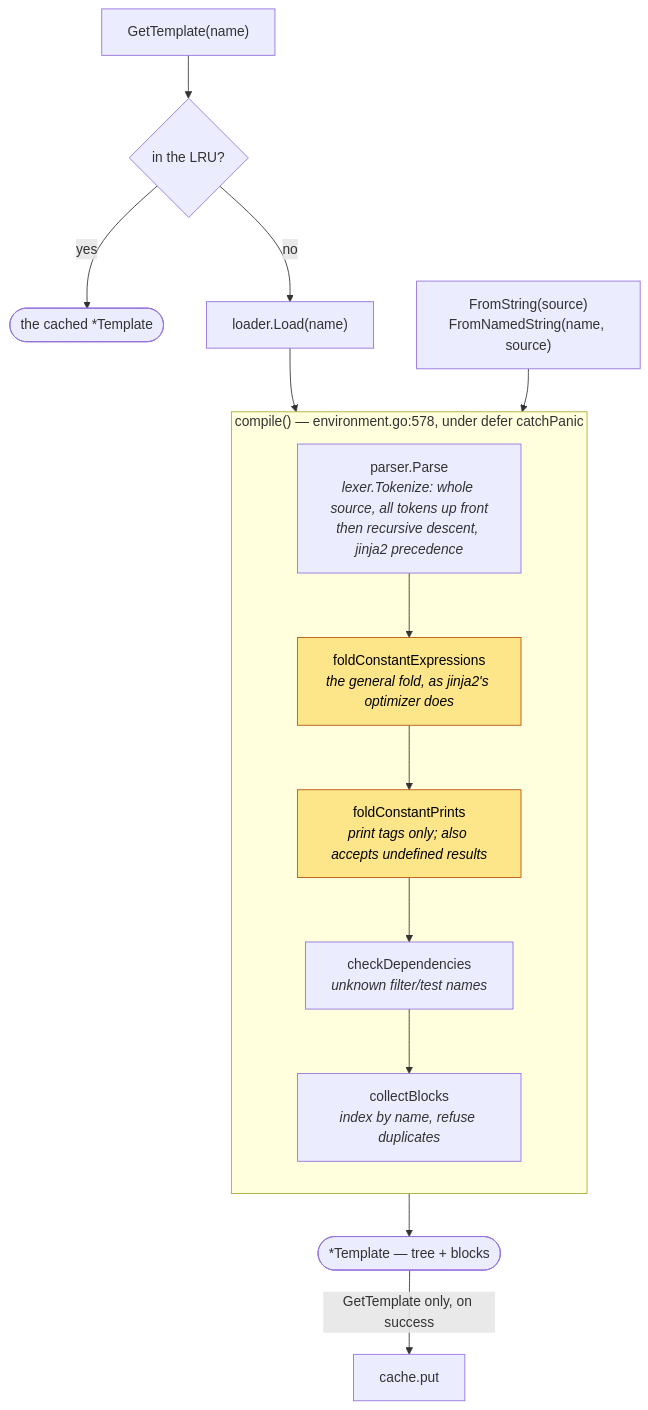
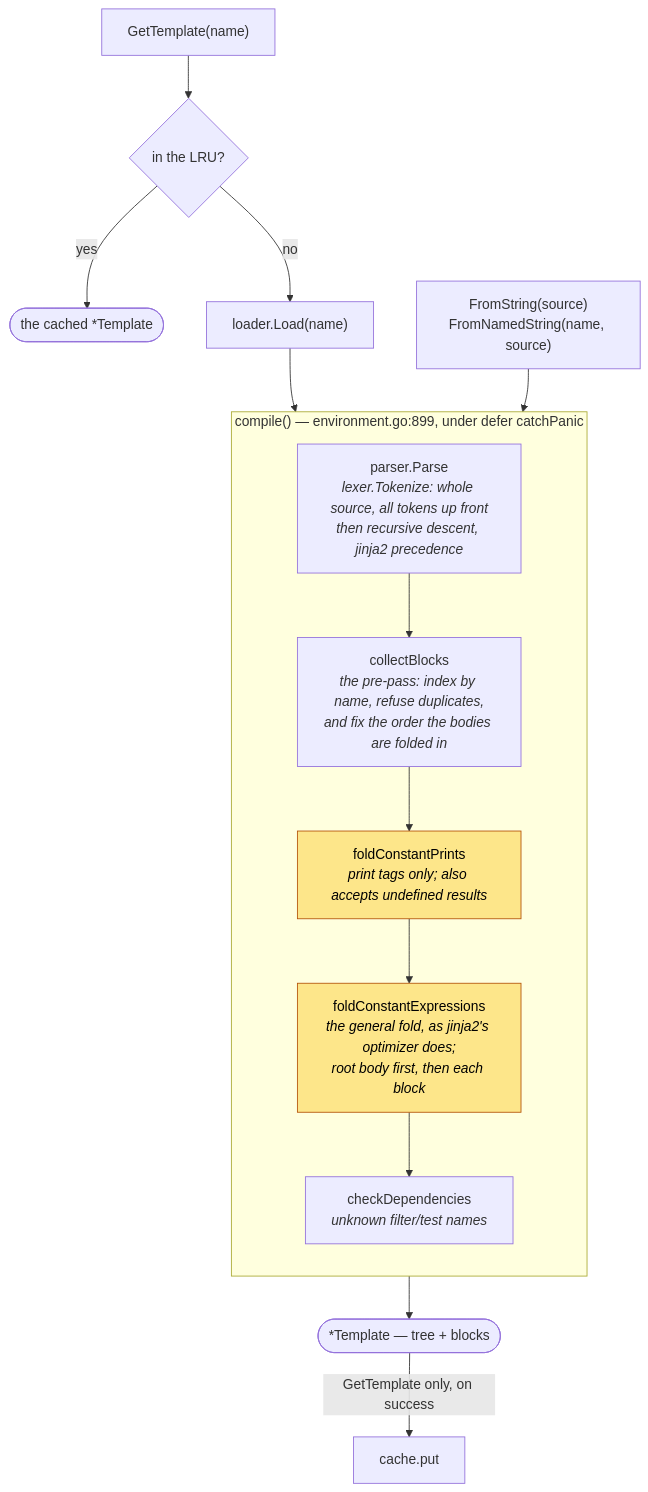
One commit to mgilbir/gojja2 changed the second of 5 diagrams in docs/architecture.md. Above: the diagram before and after it, drawn with Mermaid. The commit also changed other lines of this file and 77 other files, not shown here.

````diff
--- a/docs/architecture.md
+++ b/docs/architecture.md
@@ -47,23 +47,23 @@
 ```mermaid
 flowchart TD
     A["GetTemplate(name)"] --> C{"in the LRU?"}
     C -->|yes| HIT(["the cached *Template"])
     C -->|no| L["loader.Load(name)"]
     L --> CO
     B["FromString(source)<br/>FromNamedString(name, source)"] --> CO
 
-    subgraph CO["compile() — environment.go:578, under defer catchPanic"]
+    subgraph CO["compile() — environment.go:899, under defer catchPanic"]
         direction TB
         P1["parser.Parse<br/><i>lexer.Tokenize: whole source, all tokens up front</i><br/><i>then recursive descent, jinja2 precedence</i>"]
-        P2["foldConstantExpressions<br/><i>the general fold, as jinja2's optimizer does</i>"]
+        P2["collectBlocks<br/><i>the pre-pass: index by name, refuse duplicates,<br/>and fix the order the bodies are folded in</i>"]
         P3["foldConstantPrints<br/><i>print tags only; also accepts undefined results</i>"]
-        P4["checkDependencies<br/><i>unknown filter/test names</i>"]
-        P5["collectBlocks<br/><i>index by name, refuse duplicates</i>"]
+        P4["foldConstantExpressions<br/><i>the general fold, as jinja2's optimizer does;<br/>root body first, then each block</i>"]
+        P5["checkDependencies<br/><i>unknown filter/test names</i>"]
         P1 --> P2 --> P3 --> P4 --> P5
     end
     CO --> T(["*Template — tree + blocks"])
     T -->|"GetTemplate only, on success"| PUT["cache.put"]
 
     classDef warn fill:#fde68a,stroke:#b45309,color:#000
-    class P2,P3 warn
+    class P3,P4 warn
 ```
````
